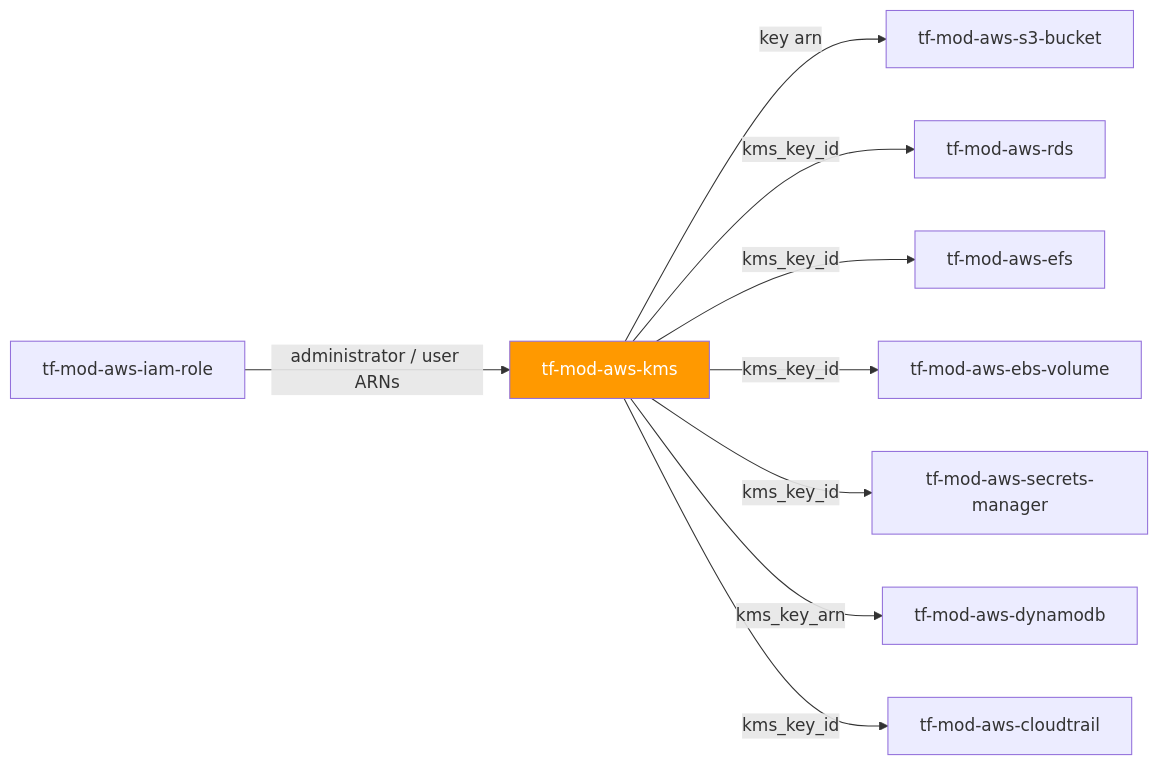
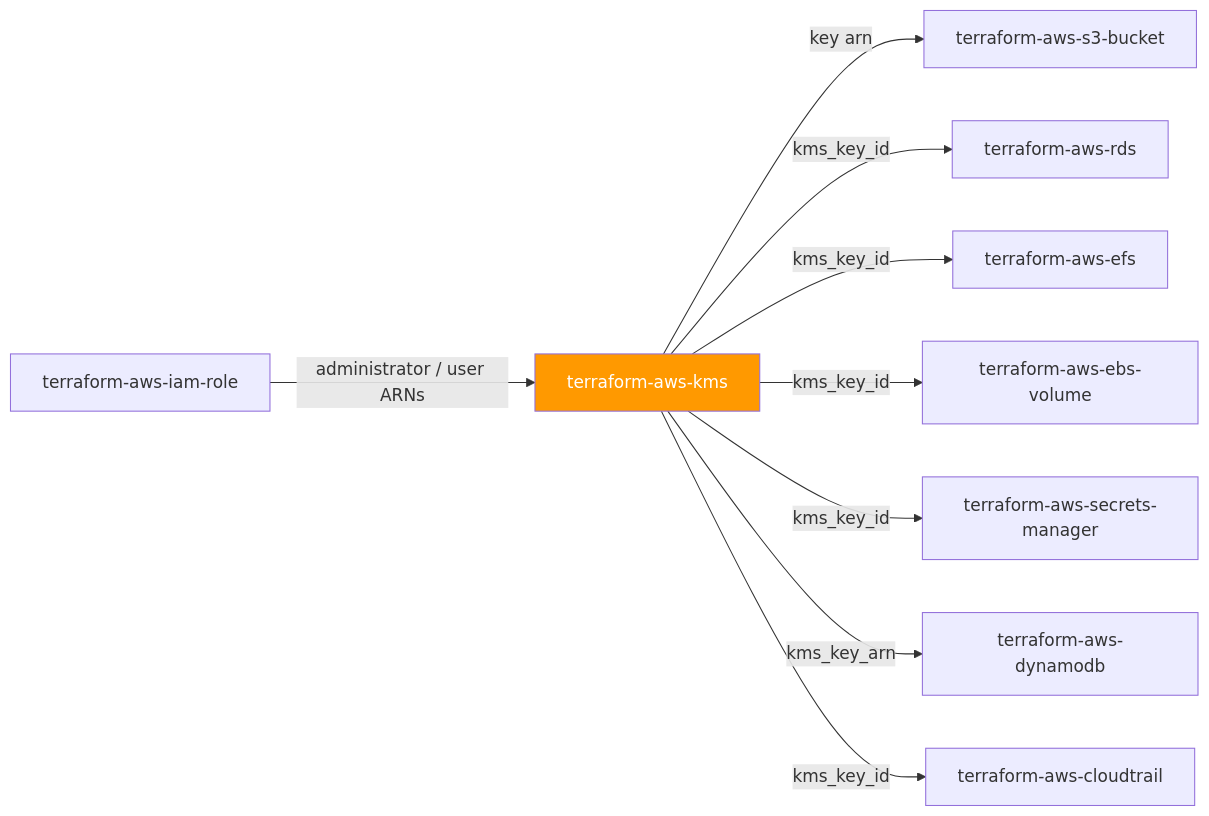
One commit to microsoftexpert/terraform-aws-kms changed the first of 2 diagrams in README.md. Above: the diagram before and after it, drawn with Mermaid. The commit also changed other lines of this file and 2 other files, not shown here.

````diff
--- a/README.md
+++ b/README.md
@@ -41,23 +41,23 @@
 ```mermaid
 flowchart LR
- iam["tf-mod-aws-iam-role"]
- kms["tf-mod-aws-kms"]
- s3["tf-mod-aws-s3-bucket"]
- rds["tf-mod-aws-rds"]
- efs["tf-mod-aws-efs"]
- ebs["tf-mod-aws-ebs-volume"]
- sm["tf-mod-aws-secrets-manager"]
- ddb["tf-mod-aws-dynamodb"]
- ct["tf-mod-aws-cloudtrail"]
+ iam["terraform-aws-iam-role"]
+ kms["terraform-aws-kms"]
+ s3["terraform-aws-s3-bucket"]
+ rds["terraform-aws-rds"]
+ efs["terraform-aws-efs"]
+ ebs["terraform-aws-ebs-volume"]
+ sm["terraform-aws-secrets-manager"]
+ ddb["terraform-aws-dynamodb"]
+ ct["terraform-aws-cloudtrail"]
 
  iam -->|administrator / user ARNs| kms
  kms -->|key arn| s3
  kms -->|kms_key_id| rds
  kms -->|kms_key_id| efs
  kms -->|kms_key_id| ebs
  kms -->|kms_key_id| sm
  kms -->|kms_key_arn| ddb
  kms -->|kms_key_id| ct
 
  style kms fill:#FF9900,color:#fff
 ```
````
